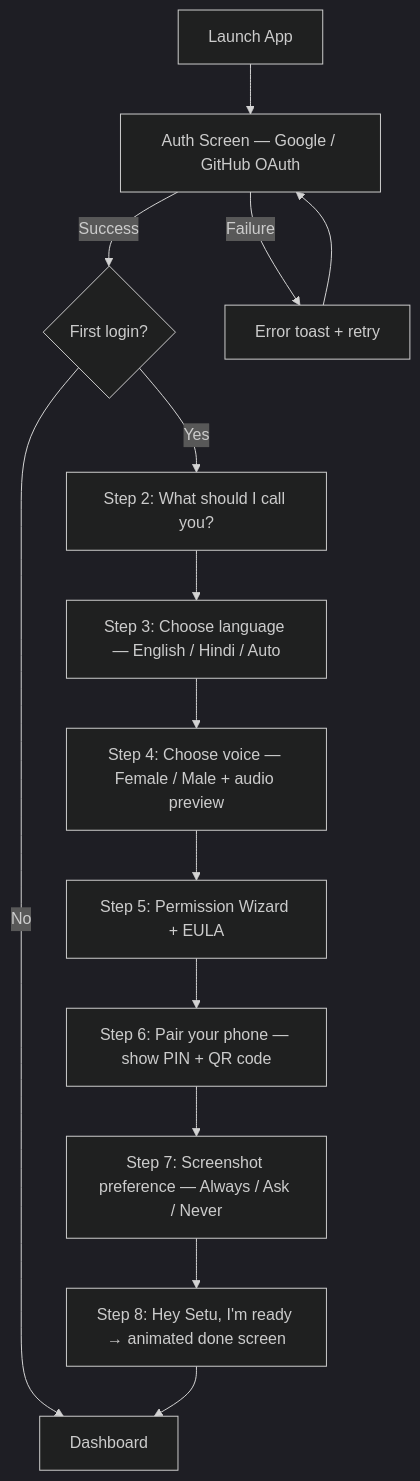
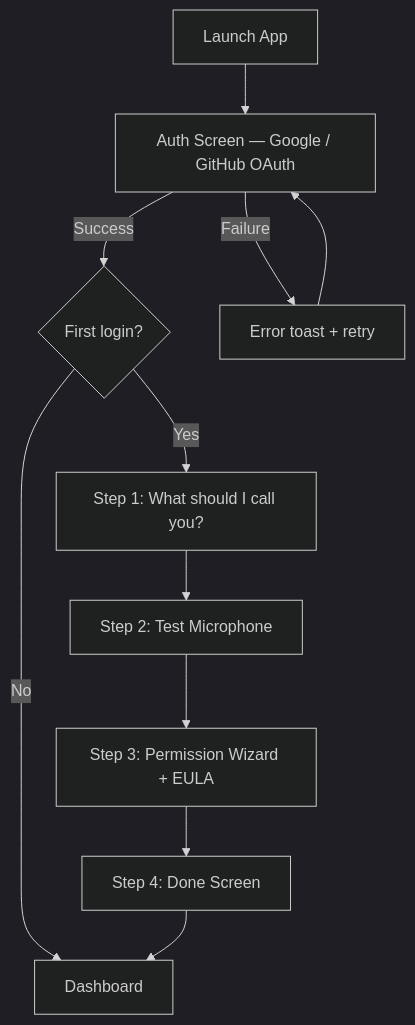
Before and after one commit to Dhairya2112/SETU: the first of 6 diagrams in docs/APP_FLOW.md, drawn with Mermaid (dark theme). The commit also changed other lines of this file and 43 other files, not shown here.

````diff
--- a/docs/APP_FLOW.md
+++ b/docs/APP_FLOW.md
@@ -20,16 +24,13 @@
 ```mermaid
 graph TD
     A[Launch App] --> B[Auth Screen — Google / GitHub OAuth]
     B -->|Success| C{First login?}
     B -->|Failure| B1[Error toast + retry]
     B1 --> B
-    C -->|Yes| D[Step 2: What should I call you?]
     C -->|No| Z[Dashboard]
-    D --> E[Step 3: Choose language — English / Hindi / Auto]
-    E --> F[Step 4: Choose voice — Female / Male + audio preview]
-    F --> G[Step 5: Permission Wizard + EULA]
-    G --> H[Step 6: Pair your phone — show PIN + QR code]
-    H --> I[Step 7: Screenshot preference — Always / Ask / Never]
-    I --> J[Step 8: Hey Setu, I'm ready → animated done screen]
-    J --> Z
+    C -->|Yes| D[Step 1: What should I call you?]
+    D --> E[Step 2: Test Microphone]
+    E --> F[Step 3: Permission Wizard + EULA]
+    F --> G[Step 4: Done Screen]
+    G --> Z
 ```
````
